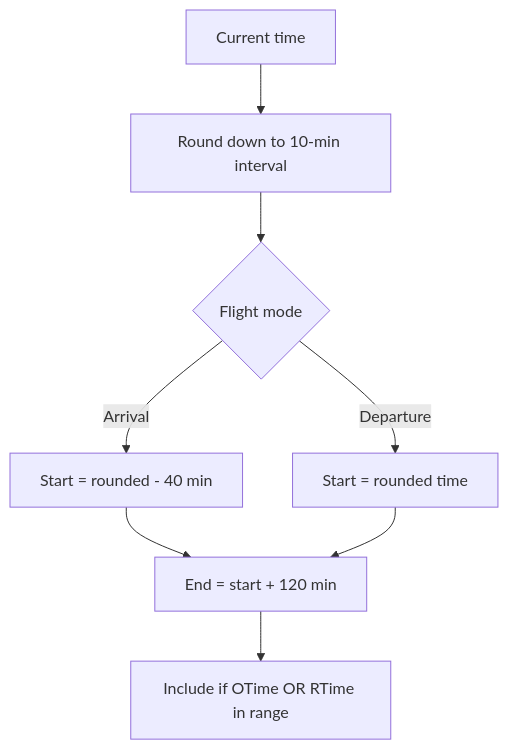
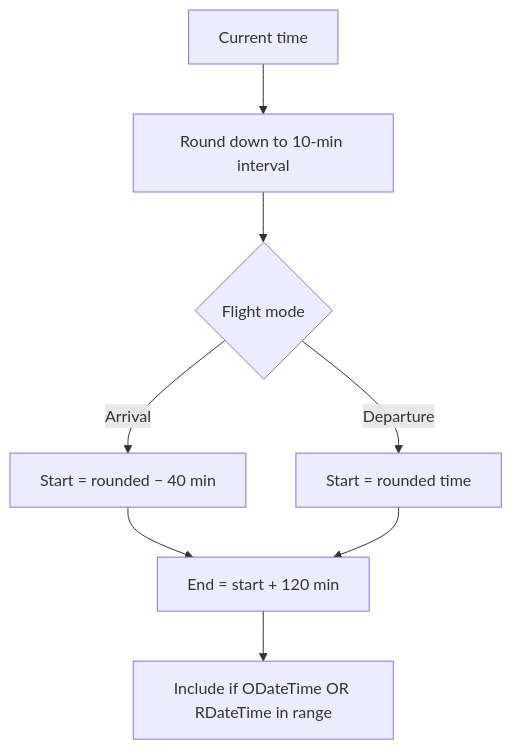
One commit to TPE-eagle/tpe-sushi-go-round changed the second of 3 diagrams in README.md. Above: the diagram before and after it, drawn with Mermaid. The commit also changed other lines of this file and 6 other files, not shown here.

````diff
--- a/README.md
+++ b/README.md
@@ -71,10 +61,10 @@
 ```mermaid
 flowchart TD
     A[Current time] --> B[Round down to 10-min interval]
     B --> C{Flight mode}
-    C -->|Arrival| D["Start = rounded - 40 min"]
+    C -->|Arrival| D["Start = rounded − 40 min"]
     C -->|Departure| E["Start = rounded time"]
     D --> F["End = start + 120 min"]
     E --> F
-    F --> G["Include if OTime OR RTime in range"]
+    F --> G["Include if ODateTime OR RDateTime in range"]
 ```
````
